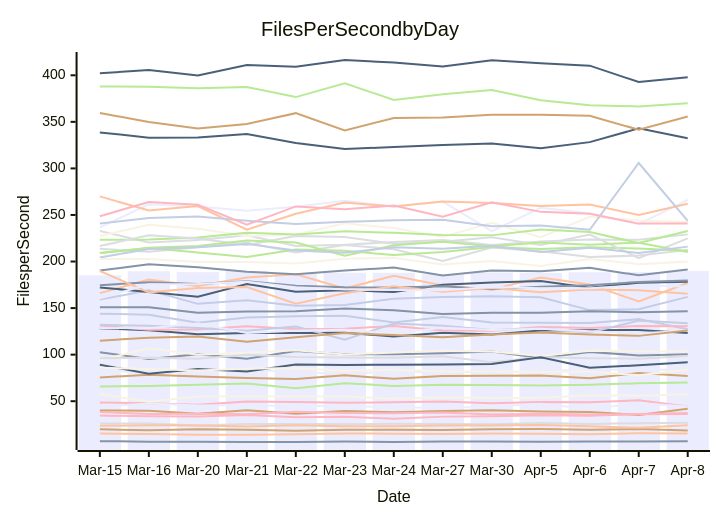
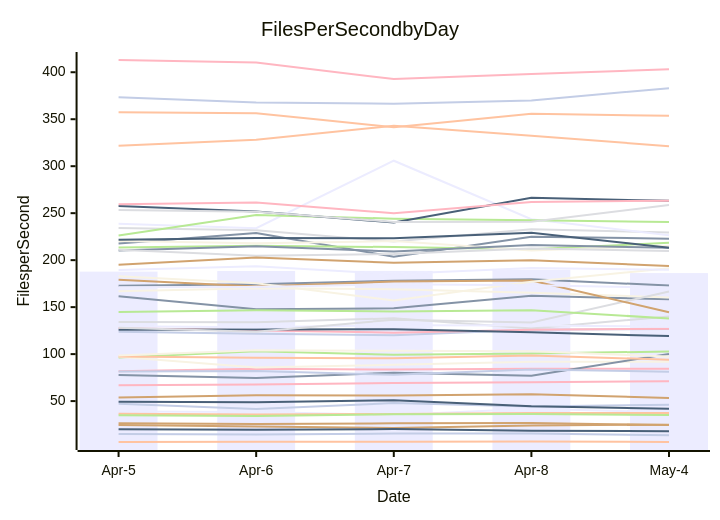
The diagram in perf-report.md (streetsidesoftware/cspell), drawn with Mermaid before and after one commit. The commit also changed other lines of this file and 2 other files, not shown here.

````diff
--- a/perf-report.md
+++ b/perf-report.md
@@ -11,57 +11,57 @@
 ```mermaid
 xychart-beta
     title Files Per Second by Day
     y-axis Files per Second
-    x-axis Date [Mar-15, Mar-16, Mar-20, Mar-21, Mar-22, Mar-23, Mar-24, Mar-27, Mar-30, Apr-5, Apr-6, Apr-7, Apr-8]
-    bar [185.21, 189.57, 188.63, 189.87, 187.45, 187.93, 187.93, 186.35, 188.30, 187.81, 188.42, 188.59, 189.84]
-    line [102.55, 95.32, 100.34, 95.68, 103.94, 100.49, 100.37, 101.61, 103.43, 96.40, 102.92, 99.21, 100.52]
-    line [15.23, 14.84, 14.06, 13.99, 14.45, 15.39, 15.15, 14.76, 15.30, 14.95, 14.57, 15.50, 15.41]
-    line [26.18, 25.98, 23.83, 25.61, 25.64, 25.22, 25.67, 25.63, 25.15, 26.46, 25.57, 26.37, 26.75]
-    line [387.90, 387.80, 386.06, 387.41, 376.59, 391.51, 373.44, 379.72, 384.27, 373.30, 367.91, 366.55, 370.00]
-    line [40.13, 39.77, 36.42, 40.38, 36.50, 39.38, 38.08, 39.48, 40.18, 38.93, 38.36, 35.23, 41.88]
-    line [143.93, 142.95, 134.36, 139.82, 141.15, 141.79, 134.53, 140.55, 134.62, 134.19, 133.87, 138.14, 127.32]
-    line [48.64, 47.90, 46.22, 49.72, 49.15, 48.47, 48.92, 49.74, 47.82, 49.22, 48.87, 50.93, 44.38]
-    line [128.40, 126.26, 121.85, 123.29, 123.31, 123.57, 119.37, 123.63, 121.70, 126.05, 126.20, 126.46, 123.33]
-    line [94.07, 106.95, 99.82, 102.15, 104.63, 100.11, 102.26, 104.28, 103.40, 98.55, 104.22, 103.59, 103.12]
-    line [236.73, 261.47, 259.22, 254.59, 258.80, 265.17, 259.19, 264.34, 232.73, 257.73, 251.87, 240.02, 266.31]
-    line [7.12, 6.59, 6.35, 6.19, 6.26, 6.60, 6.25, 6.74, 6.77, 6.57, 6.61, 6.73, 7.00]
-    line [166.05, 180.55, 173.75, 182.92, 186.30, 171.18, 184.68, 174.16, 169.88, 182.89, 175.34, 157.18, 176.94]
-    line [232.68, 220.52, 223.12, 228.15, 216.79, 218.07, 220.91, 223.03, 217.84, 221.62, 223.63, 223.28, 229.16]
-    line [65.83, 66.30, 67.73, 68.98, 63.91, 69.35, 66.34, 67.66, 67.35, 66.87, 67.74, 69.26, 70.15]
-    line [19.78, 18.71, 19.79, 19.47, 18.35, 19.30, 19.37, 19.08, 19.88, 20.02, 19.41, 20.18, 18.41]
-    line [159.10, 169.05, 154.54, 158.47, 152.54, 153.40, 160.13, 161.83, 162.72, 161.59, 147.84, 148.71, 162.06]
-    line [38.37, 36.25, 36.61, 35.87, 38.67, 37.37, 36.99, 37.97, 35.69, 36.40, 35.82, 36.18, 37.44]
-    line [338.69, 332.97, 333.24, 336.87, 327.34, 320.84, 322.94, 325.27, 326.73, 321.72, 328.23, 343.02, 332.37]
-    line [227.46, 239.47, 235.22, 227.41, 228.79, 241.01, 235.98, 226.38, 241.62, 226.17, 248.01, 244.17, 242.46]
-    line [85.41, 78.19, 83.51, 83.81, 81.43, 79.47, 81.70, 81.36, 81.35, 81.81, 84.38, 83.54, 84.32]
-    line [190.26, 197.02, 193.75, 189.15, 186.42, 190.28, 193.49, 184.99, 190.27, 189.55, 193.41, 185.15, 191.53]
-    line [269.97, 254.79, 259.65, 234.19, 251.38, 263.45, 259.03, 264.42, 262.82, 259.51, 261.27, 249.89, 261.98]
-    line [213.63, 210.38, 215.44, 220.20, 209.66, 217.73, 213.19, 200.65, 215.04, 210.95, 204.79, 206.43, 212.35]
-    line [209.05, 214.60, 209.59, 204.82, 212.94, 211.50, 207.03, 210.21, 215.65, 213.52, 215.27, 213.92, 211.68]
-    line [359.59, 349.81, 342.75, 347.71, 359.34, 340.76, 354.09, 354.69, 357.70, 357.50, 356.42, 341.55, 355.72]
-    line [240.74, 246.80, 248.37, 243.77, 240.29, 242.61, 244.28, 244.79, 237.77, 238.81, 234.08, 305.83, 243.57]
-    line [131.20, 126.76, 126.98, 130.36, 127.52, 127.75, 130.81, 125.94, 125.76, 129.75, 128.69, 130.72, 130.46]
-    line [172.23, 167.20, 162.09, 175.73, 167.53, 169.26, 167.37, 175.14, 177.59, 179.11, 171.90, 177.30, 178.37]
-    line [57.64, 49.40, 55.01, 55.07, 55.14, 54.97, 52.69, 54.36, 53.37, 53.82, 56.32, 55.94, 57.36]
-    line [44.30, 47.55, 45.42, 45.55, 44.76, 44.94, 43.55, 42.67, 44.21, 47.13, 41.53, 47.88, 44.28]
-    line [150.95, 150.81, 144.94, 146.39, 146.52, 149.65, 147.78, 143.68, 144.97, 144.90, 146.68, 145.47, 146.56]
-    line [23.57, 24.07, 23.83, 22.72, 24.07, 23.01, 23.19, 23.80, 24.02, 24.56, 23.07, 21.40, 24.14]
-    line [96.21, 96.60, 95.61, 100.00, 97.34, 96.90, 96.73, 98.18, 91.72, 97.44, 96.14, 95.65, 98.60]
-    line [223.33, 223.62, 225.78, 230.86, 229.00, 232.44, 230.81, 228.49, 228.09, 234.26, 231.70, 219.86, 232.88]
-    line [75.58, 78.40, 76.58, 74.92, 73.83, 77.77, 74.02, 77.10, 77.41, 77.73, 74.56, 80.16, 77.02]
-    line [132.01, 131.14, 128.67, 125.67, 130.11, 116.06, 133.46, 130.91, 126.44, 128.14, 123.76, 136.62, 133.64]
-    line [34.53, 33.80, 33.49, 35.23, 32.80, 33.41, 31.17, 33.44, 33.97, 34.80, 34.26, 36.10, 36.17]
-    line [89.20, 79.46, 84.64, 82.02, 89.37, 88.80, 89.20, 89.35, 90.00, 97.23, 85.82, 88.62, 91.77]
-    line [85.90, 84.63, 82.99, 84.87, 85.57, 82.40, 83.84, 81.84, 82.00, 81.46, 81.94, 77.93, 83.70]
-    line [128.64, 128.22, 133.34, 123.28, 125.66, 126.65, 122.93, 128.82, 126.34, 127.91, 125.16, 122.83, 125.98]
-    line [174.63, 177.66, 175.92, 178.79, 174.01, 172.30, 172.16, 173.35, 170.18, 172.81, 174.46, 178.10, 179.62]
-    line [189.84, 166.89, 171.60, 172.56, 154.71, 166.00, 173.35, 167.42, 171.49, 166.95, 170.01, 169.14, 165.39]
-    line [216.60, 228.18, 224.68, 217.69, 227.52, 226.28, 219.14, 221.19, 226.02, 217.73, 228.96, 203.68, 224.92]
-    line [209.05, 214.75, 216.78, 222.67, 220.47, 206.28, 217.42, 221.24, 216.32, 220.41, 218.02, 220.27, 210.30]
-    line [114.99, 118.14, 119.47, 113.95, 118.70, 123.16, 121.00, 118.77, 121.60, 123.74, 121.73, 120.16, 125.96]
-    line [204.44, 213.42, 215.32, 218.95, 211.96, 209.30, 215.41, 213.73, 216.98, 210.20, 214.91, 209.11, 216.00]
-    line [248.68, 263.99, 260.91, 239.46, 259.16, 256.10, 260.18, 248.06, 263.68, 253.34, 251.40, 240.71, 240.89]
-    line [402.18, 405.65, 399.88, 410.92, 409.10, 416.42, 413.72, 409.38, 416.05, 413.02, 410.36, 392.72, 397.99]
-    line [202.63, 202.69, 199.56, 199.40, 197.96, 202.91, 203.92, 196.82, 200.56, 195.13, 202.74, 197.17, 200.02]
-    line [160.55, 175.49, 175.91, 178.24, 172.29, 170.07, 169.37, 169.09, 172.70, 171.27, 171.33, 174.25, 173.31]
+    x-axis Date [Apr-5, Apr-6, Apr-7, Apr-8, May-4]
+    bar [187.81, 188.42, 188.59, 189.84, 186.25]
+    line [161.59, 147.84, 148.71, 162.06, 158.32]
+    line [6.57, 6.61, 6.73, 7.00, 6.46]
+    line [234.26, 231.70, 219.86, 232.88, 229.32]
+    line [96.40, 102.92, 99.21, 100.52, 102.79]
+    line [24.56, 23.07, 21.40, 24.14, 24.93]
+    line [123.74, 121.73, 120.16, 125.96, 126.81]
+    line [81.81, 84.38, 83.54, 84.32, 84.38]
+    line [20.02, 19.41, 20.18, 18.41, 17.95]
+    line [97.23, 85.82, 88.62, 91.77, 91.75]
+    line [238.81, 234.08, 305.83, 243.57, 226.51]
+    line [77.73, 74.56, 80.16, 77.02, 100.08]
+    line [97.44, 96.14, 95.65, 98.60, 94.12]
+    line [134.19, 133.87, 138.14, 127.32, 140.01]
+    line [226.17, 248.01, 244.17, 242.46, 240.52]
+    line [53.82, 56.32, 55.94, 57.36, 53.38]
+    line [14.95, 14.57, 15.50, 15.41, 13.72]
+    line [127.91, 125.16, 122.83, 125.98, 127.00]
+    line [257.73, 251.87, 240.02, 266.31, 263.11]
+    line [166.95, 170.01, 169.14, 165.39, 160.29]
+    line [38.93, 38.36, 35.23, 41.88, 38.18]
+    line [217.73, 228.96, 203.68, 224.92, 222.86]
+    line [36.40, 35.82, 36.18, 37.44, 37.38]
+    line [253.34, 251.40, 240.71, 240.89, 258.73]
+    line [213.52, 215.27, 213.92, 211.68, 218.55]
+    line [26.46, 25.57, 26.37, 26.75, 24.56]
+    line [47.13, 41.53, 47.88, 44.28, 46.04]
+    line [66.87, 67.74, 69.26, 70.15, 71.11]
+    line [126.05, 126.20, 126.46, 123.33, 119.17]
+    line [220.41, 218.02, 220.27, 210.30, 215.39]
+    line [129.75, 128.69, 130.72, 130.46, 129.13]
+    line [172.81, 174.46, 178.10, 179.62, 172.93]
+    line [357.50, 356.42, 341.55, 355.72, 353.58]
+    line [128.14, 123.76, 136.62, 133.64, 166.55]
+    line [34.80, 34.26, 36.10, 36.17, 35.07]
+    line [179.11, 171.90, 177.30, 178.37, 144.52]
+    line [81.46, 81.94, 77.93, 83.70, 81.26]
+    line [259.51, 261.27, 249.89, 261.98, 263.28]
+    line [49.22, 48.87, 50.93, 44.38, 41.81]
+    line [182.89, 175.34, 157.18, 176.94, 191.37]
+    line [171.27, 171.33, 174.25, 173.31, 170.59]
+    line [210.20, 214.91, 209.11, 216.00, 213.17]
+    line [321.72, 328.23, 343.02, 332.37, 321.24]
+    line [210.95, 204.79, 206.43, 212.35, 209.84]
+    line [144.90, 146.68, 145.47, 146.56, 138.03]
+    line [195.13, 202.74, 197.17, 200.02, 193.68]
+    line [373.30, 367.91, 366.55, 370.00, 382.99]
+    line [413.02, 410.36, 392.72, 397.99, 403.25]
+    line [221.62, 223.63, 223.28, 229.16, 213.15]
+    line [98.55, 104.22, 103.59, 103.12, 97.37]
+    line [189.55, 193.41, 185.15, 191.53, 189.78]
 ```
````
